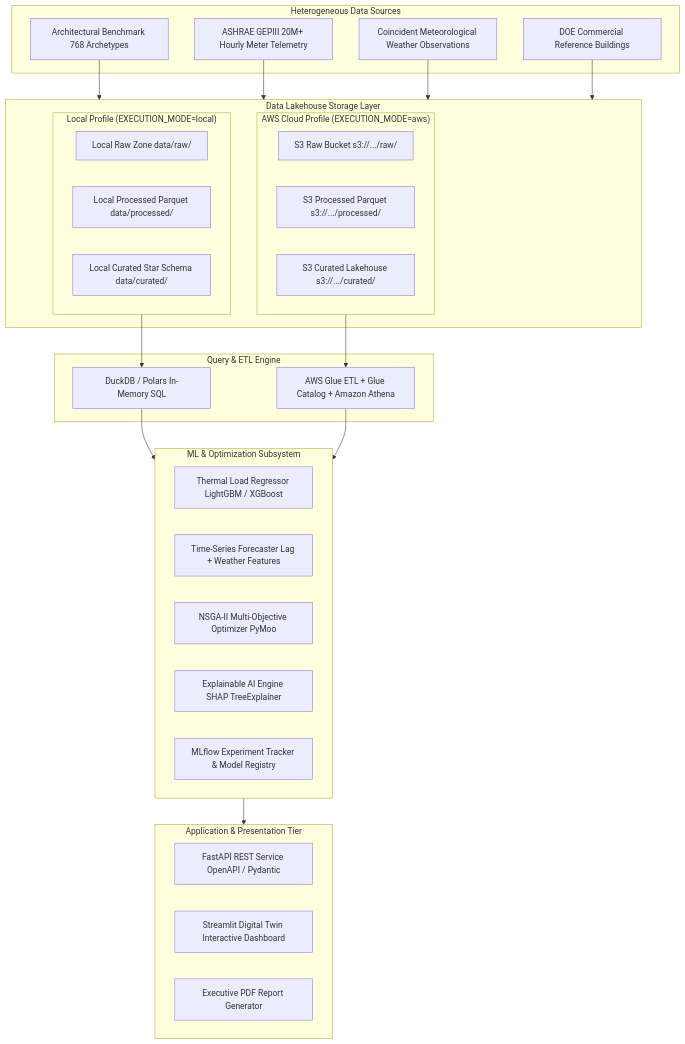
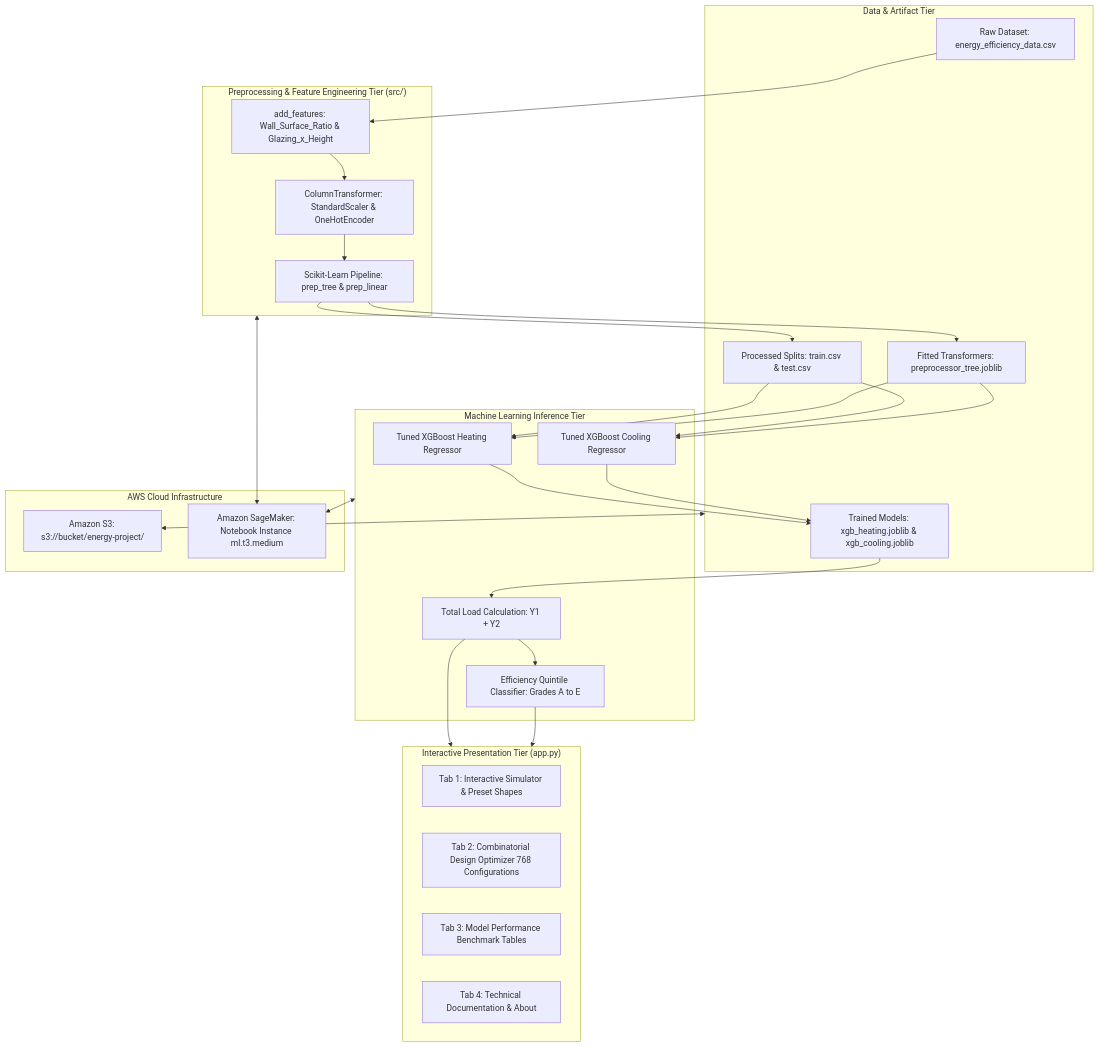
Before and after one commit to blurz17/NHA-5-165: the diagram in Documentations/04_System_Analysis_and_Design/System_Architecture_and_Deployment.md, drawn with Mermaid. The commit also changed other lines of this file and 34 other files, not shown here.

Commit message:
Reconstruct project: update docs (Proposal, SRS, SAD, Data Modeling), replace README/requirements, and add models/pipeline

````diff
--- a/Documentations/04_System_Analysis_and_Design/System_Architecture_and_Deployment.md
+++ b/Documentations/04_System_Analysis_and_Design/System_Architecture_and_Deployment.md
@@ -23,47 +23,45 @@
 ```mermaid
 graph TD
-    subgraph DataSources["Heterogeneous Data Sources"]
-        DS1[Architectural Benchmark 768 Archetypes]
-        DS2[ASHRAE GEPIII 20M+ Hourly Meter Telemetry]
-        DS3[Coincident Meteorological Weather Observations]
-        DS4[DOE Commercial Reference Buildings]
+    subgraph DataTier["Data & Artifact Tier"]
+        D1[Raw Dataset: energy_efficiency_data.csv]
+        D2[Processed Splits: train.csv & test.csv]
+        D3[Fitted Transformers: preprocessor_tree.joblib]
+        D4[Trained Models: xgb_heating.joblib & xgb_cooling.joblib]
     end
 
-    subgraph AbstractionLayer["Data Lakehouse Storage Layer"]
-        subgraph LocalStorage["Local Profile (EXECUTION_MODE=local)"]
-            L1[Local Raw Zone data/raw/]
-            L2[Local Processed Parquet data/processed/]
-            L3[Local Curated Star Schema data/curated/]
-        end
-        subgraph CloudStorage["AWS Cloud Profile (EXECUTION_MODE=aws)"]
-            C1[S3 Raw Bucket s3://.../raw/]
-            C2[S3 Processed Parquet s3://.../processed/]
-            C3[S3 Curated Lakehouse s3://.../curated/]
-        end
+    subgraph PreprocessingTier["Preprocessing & Feature Engineering Tier (src/)"]
+        P1[add_features: Wall_Surface_Ratio & Glazing_x_Height]
+        P2[ColumnTransformer: StandardScaler & OneHotEncoder]
+        P3[Scikit-Learn Pipeline: prep_tree & prep_linear]
     end
 
-    subgraph QueryEngine["Query & ETL Engine"]
-        QE_Local[DuckDB / Polars In-Memory SQL]
-        QE_Cloud[AWS Glue ETL + Glue Catalog + Amazon Athena]
+    subgraph MLEngineTier["Machine Learning Inference Tier"]
+        M1[Tuned XGBoost Heating Regressor]
+        M2[Tuned XGBoost Cooling Regressor]
+        M3[Total Load Calculation: Y1 + Y2]
+        M4[Efficiency Quintile Classifier: Grades A to E]
     end
 
-    subgraph MLEngine["ML & Optimization Subsystem"]
-        ML1[Thermal Load Regressor LightGBM / XGBoost]
-        ML2[Time-Series Forecaster Lag + Weather Features]
-        ML3[NSGA-II Multi-Objective Optimizer PyMoo]
-        ML4[Explainable AI Engine SHAP TreeExplainer]
-        ML5[MLflow Experiment Tracker & Model Registry]
+    subgraph PresentationTier["Interactive Presentation Tier (app.py)"]
+        UI1[Tab 1: Interactive Simulator & Preset Shapes]
+        UI2[Tab 2: Combinatorial Design Optimizer 768 Configurations]
+        UI3[Tab 3: Model Performance Benchmark Tables]
+        UI4[Tab 4: Technical Documentation & About]
     end
 
-    subgraph PresentationTier["Application & Presentation Tier"]
-        API[FastAPI REST Service OpenAPI / Pydantic]
-        UI[Streamlit Digital Twin Interactive Dashboard]
-        PDF[Executive PDF Report Generator]
+    subgraph CloudTier["AWS Cloud Infrastructure"]
+        S3[Amazon S3: s3://bucket/energy-project/]
+        SM[Amazon SageMaker: Notebook Instance ml.t3.medium]
     end
 
-    DS1 & DS2 & DS3 & DS4 --> AbstractionLayer
-    LocalStorage --> QE_Local
-    CloudStorage --> QE_Cloud
-    QE_Local & QE_Cloud --> MLEngine
-    MLEngine --> PresentationTier
+    D1 --> P1
+    P1 --> P2 --> P3
+    P3 --> D2
+    P3 --> D3
+    D2 & D3 --> M1 & M2
+    M1 & M2 --> D4
+    D4 --> M3 --> M4
+    M3 & M4 --> PresentationTier
+    DataTier <--> S3
+    PreprocessingTier & MLEngineTier <--> SM
 ```
````
